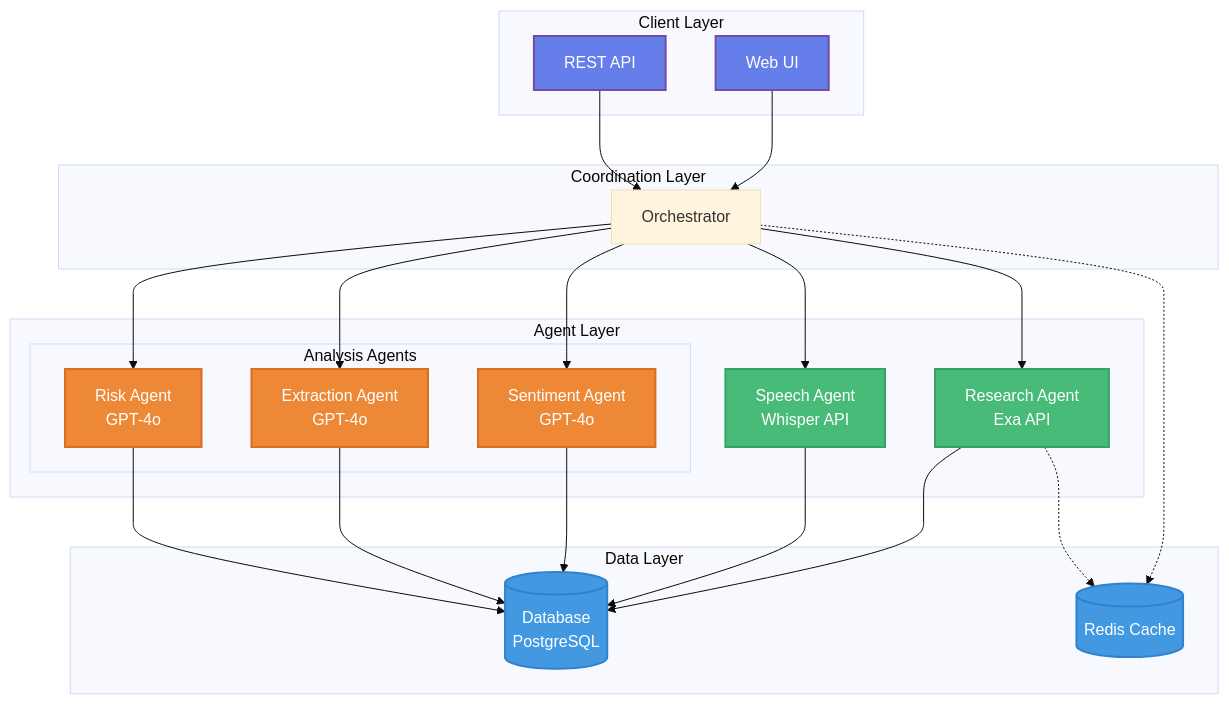
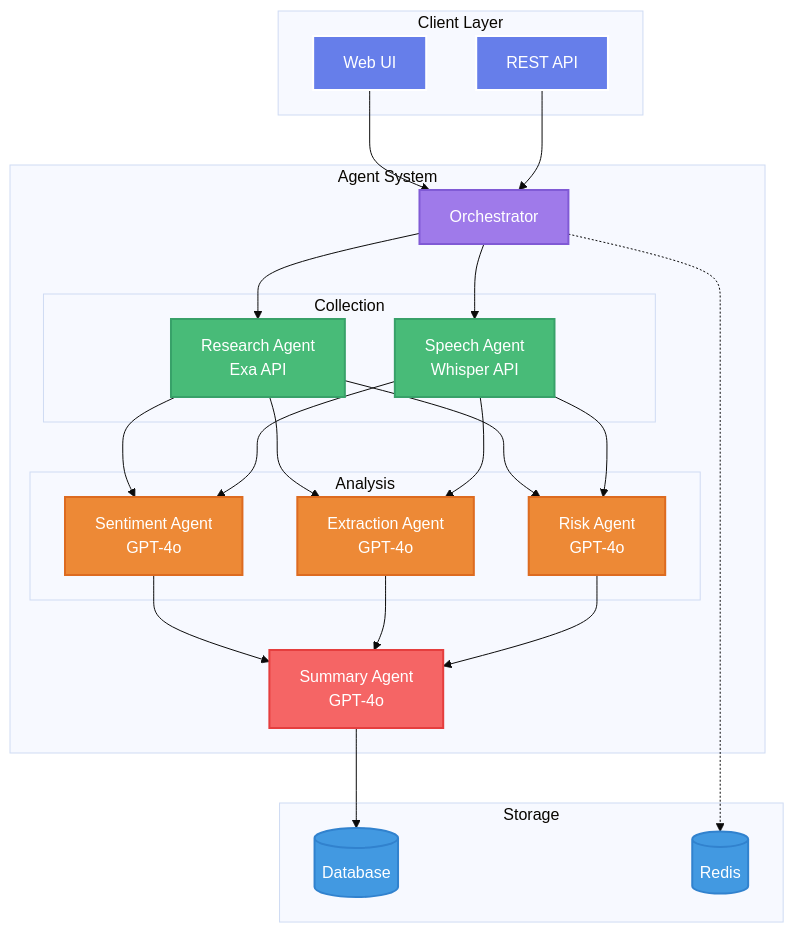
The second of 3 diagrams in README.md (AluminumShark/FinFlash), drawn with Mermaid (base theme) before and after one commit. The commit also changed other lines of this file and 3 other files, not shown here.

Commit message:
feat(summaryAgent): Integrate Summary Agent into Orchestrator and enhance analysis report generation; update README and UI for improved user experience

````diff
--- a/README.md
+++ b/README.md
@@ -272,60 +289,66 @@
 ```mermaid
 graph TB
     subgraph "Client Layer"
         WebUI[Web UI]
         RestAPI[REST API]
     end
     
-    subgraph "Coordination Layer"
+    subgraph "Agent System"
         Orchestrator[Orchestrator]
-    end
-    
-    subgraph "Agent Layer"
-        ResearchAgent[Research Agent<br/>Exa API]
-        SpeechAgent[Speech Agent<br/>Whisper API]
         
-        subgraph "Analysis Agents"
+        subgraph "Collection"
+            ResearchAgent[Research Agent<br/>Exa API]
+            SpeechAgent[Speech Agent<br/>Whisper API]
+        end
+        
+        subgraph "Analysis"
             SentimentAgent[Sentiment Agent<br/>GPT-4o]
             ExtractionAgent[Extraction Agent<br/>GPT-4o]
             RiskAgent[Risk Agent<br/>GPT-4o]
         end
+        
+        SummaryAgent[Summary Agent<br/>GPT-4o]
     end
     
-    subgraph "Data Layer"
-        Database[(Database<br/>PostgreSQL)]
-        Redis[(Redis Cache)]
+    subgraph "Storage"
+        Database[(Database)]
+        Cache[(Redis)]
     end
     
     %% Client connections
     WebUI --> Orchestrator
     RestAPI --> Orchestrator
     
-    %% Orchestrator to agents
+    %% Agent flow
     Orchestrator --> ResearchAgent
     Orchestrator --> SpeechAgent
-    Orchestrator --> SentimentAgent
-    Orchestrator --> ExtractionAgent
-    Orchestrator --> RiskAgent
+    ResearchAgent --> SentimentAgent
+    ResearchAgent --> ExtractionAgent
+    ResearchAgent --> RiskAgent
+    SpeechAgent --> SentimentAgent
+    SpeechAgent --> ExtractionAgent
+    SpeechAgent --> RiskAgent
     
-    %% Agents to database
-    ResearchAgent --> Database
-    SpeechAgent --> Database
-    SentimentAgent --> Database
-    ExtractionAgent --> Database
-    RiskAgent --> Database
+    SentimentAgent --> SummaryAgent
+    ExtractionAgent --> SummaryAgent
+    RiskAgent --> SummaryAgent
     
-    %% Redis connections
-    Orchestrator -.-> Redis
-    ResearchAgent -.-> Redis
+    %% Storage connections
+    SummaryAgent --> Database
+    Orchestrator -.-> Cache
     
     %% Styling
-    classDef clientStyle fill:#667eea,stroke:#764ba2,stroke-width:2px,color:#fff
-    classDef agentStyle fill:#48bb78,stroke:#38a169,stroke-width:2px,color:#fff
+    classDef clientStyle fill:#667eea,stroke:#fff,stroke-width:2px,color:#fff
+    classDef orchestratorStyle fill:#9f7aea,stroke:#805ad5,stroke-width:2px,color:#fff
+    classDef collectionStyle fill:#48bb78,stroke:#38a169,stroke-width:2px,color:#fff
     classDef analysisStyle fill:#ed8936,stroke:#dd6b20,stroke-width:2px,color:#fff
+    classDef summaryStyle fill:#f56565,stroke:#e53e3e,stroke-width:2px,color:#fff
     classDef dataStyle fill:#4299e1,stroke:#3182ce,stroke-width:2px,color:#fff
     
     class WebUI,RestAPI clientStyle
-    class ResearchAgent,SpeechAgent agentStyle
+    class Orchestrator orchestratorStyle
+    class ResearchAgent,SpeechAgent collectionStyle
     class SentimentAgent,ExtractionAgent,RiskAgent analysisStyle
-    class Database,Redis dataStyle
+    class SummaryAgent summaryStyle
+    class Database,Cache dataStyle
 ```
````
